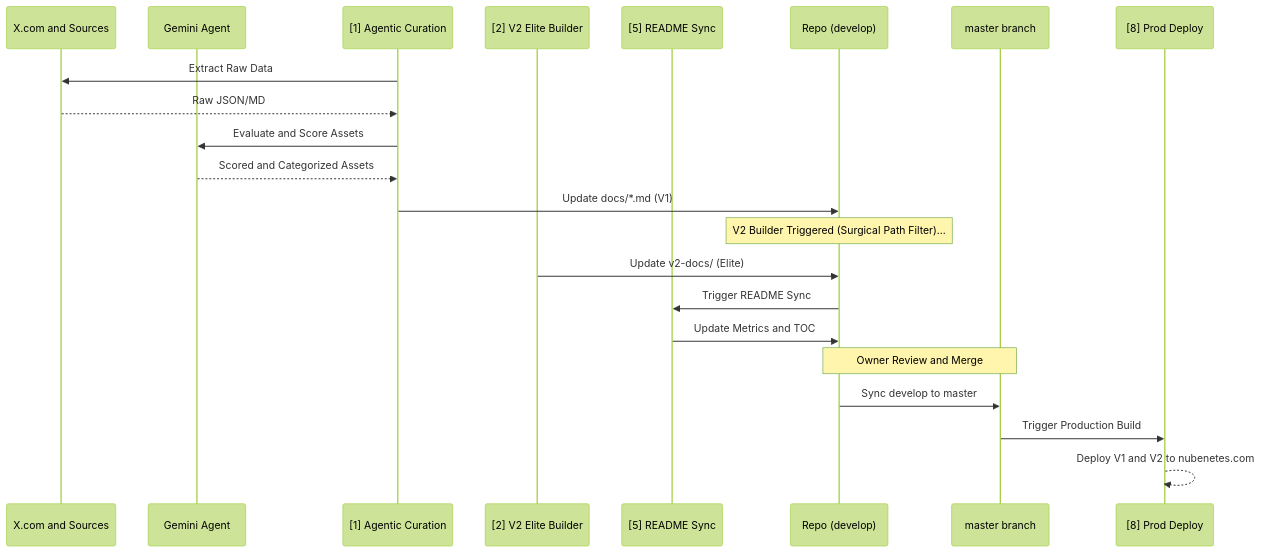
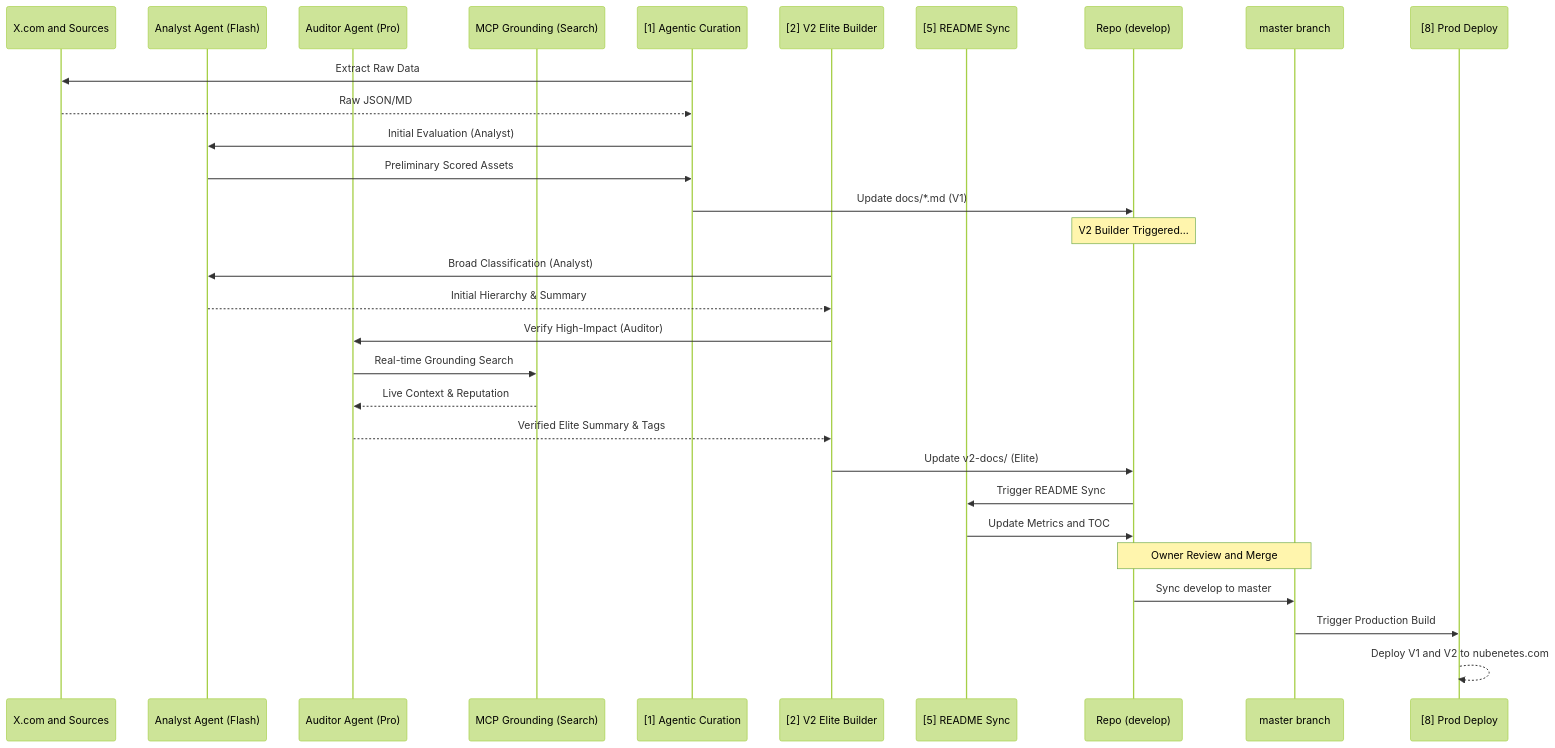
One commit to sec-js/awesome-kubernetes changed the ninth of 10 diagrams in README.md. Above: the diagram before and after it, drawn with Mermaid (forest theme). The commit also changed other lines of this file, not shown here.

Commit message:
docs: update README agentic data flow and curation diagrams to reflect Multi-Agent MCP architecture

````diff
--- a/README.md
+++ b/README.md
@@ -695,25 +708,35 @@
 ```mermaid
 sequenceDiagram
     participant X as X.com and Sources
-    participant G as Gemini Agent
+    participant GA as Analyst Agent (Flash)
+    participant GV as Auditor Agent (Pro)
+    participant MCP as MCP Grounding (Search)
     participant W1 as [1] Agentic Curation
     participant W2 as [2] V2 Elite Builder
     participant W3 as [5] README Sync
     participant R as Repo (develop)
     participant M as master branch
     participant P as [8] Prod Deploy
 
     W1->>X: Extract Raw Data
     X-->>W1: Raw JSON/MD
-    W1->>G: Evaluate and Score Assets
-    G-->>W1: Scored and Categorized Assets
+    W1->>GA: Initial Evaluation (Analyst)
+    GA->>W1: Preliminary Scored Assets
     W1->>R: Update docs/*.md (V1)
-    Note over R: V2 Builder Triggered (Surgical Path Filter)...
+    
+    Note over R: V2 Builder Triggered...
+    W2->>GA: Broad Classification (Analyst)
+    GA-->>W2: Initial Hierarchy & Summary
+    W2->>GV: Verify High-Impact (Auditor)
+    GV->>MCP: Real-time Grounding Search
+    MCP-->>GV: Live Context & Reputation
+    GV-->>W2: Verified Elite Summary & Tags
+    
     W2->>R: Update v2-docs/ (Elite)
     R->>W3: Trigger README Sync
     W3->>R: Update Metrics and TOC
     Note over R, M: Owner Review and Merge
     R->>M: Sync develop to master
     M->>P: Trigger Production Build
     P-->>P: Deploy V1 and V2 to nubenetes.com
 ```
````
